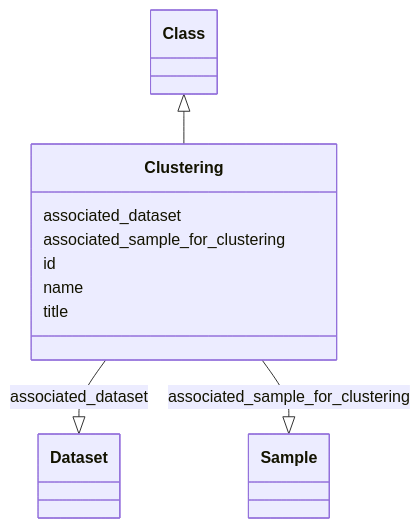
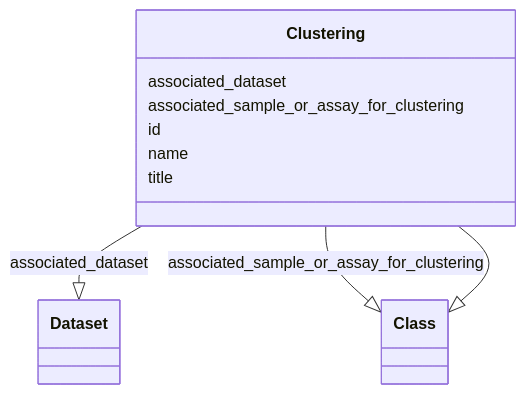
One commit to VirtualFlyBrain/vfb-scRNAseq-ontology changed the diagram in docs/Clustering.md. Above: the diagram before and after it, drawn with Mermaid. The commit also changed other lines of this file and 57 other files, not shown here.

````diff
--- a/docs/Clustering.md
+++ b/docs/Clustering.md
@@ -10,21 +10,21 @@
 ```mermaid
  classDiagram
     class Clustering
       Class <|-- Clustering
       
       Clustering : associated_dataset
         
           Clustering --|> Dataset : associated_dataset
         
-      Clustering : associated_sample_for_clustering
+      Clustering : associated_sample_or_assay_for_clustering
         
-          Clustering --|> Sample : associated_sample_for_clustering
+          Clustering --|> Class : associated_sample_or_assay_for_clustering
         
       Clustering : id
         
       Clustering : name
         
       Clustering : title
         
       
 ```
````
